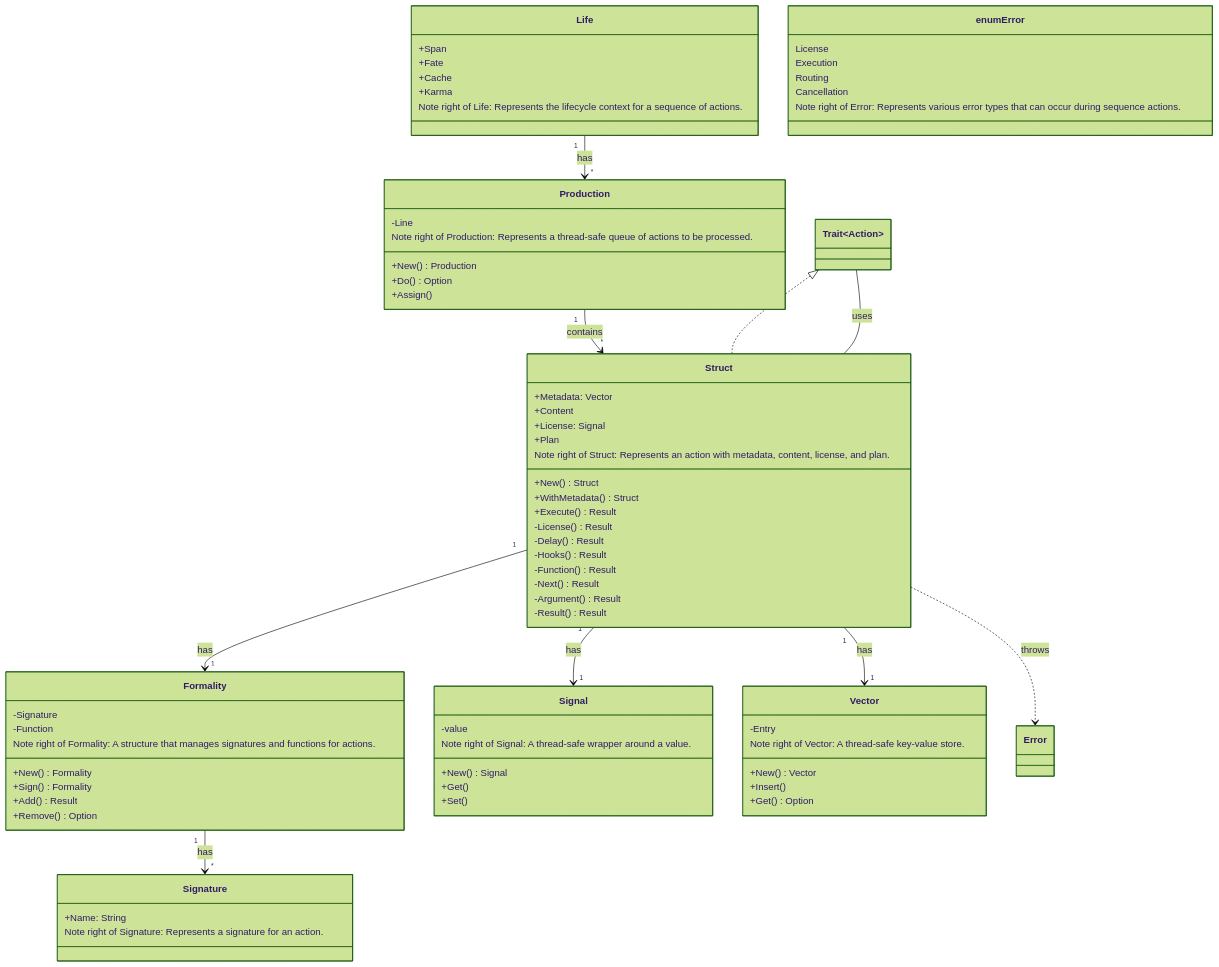
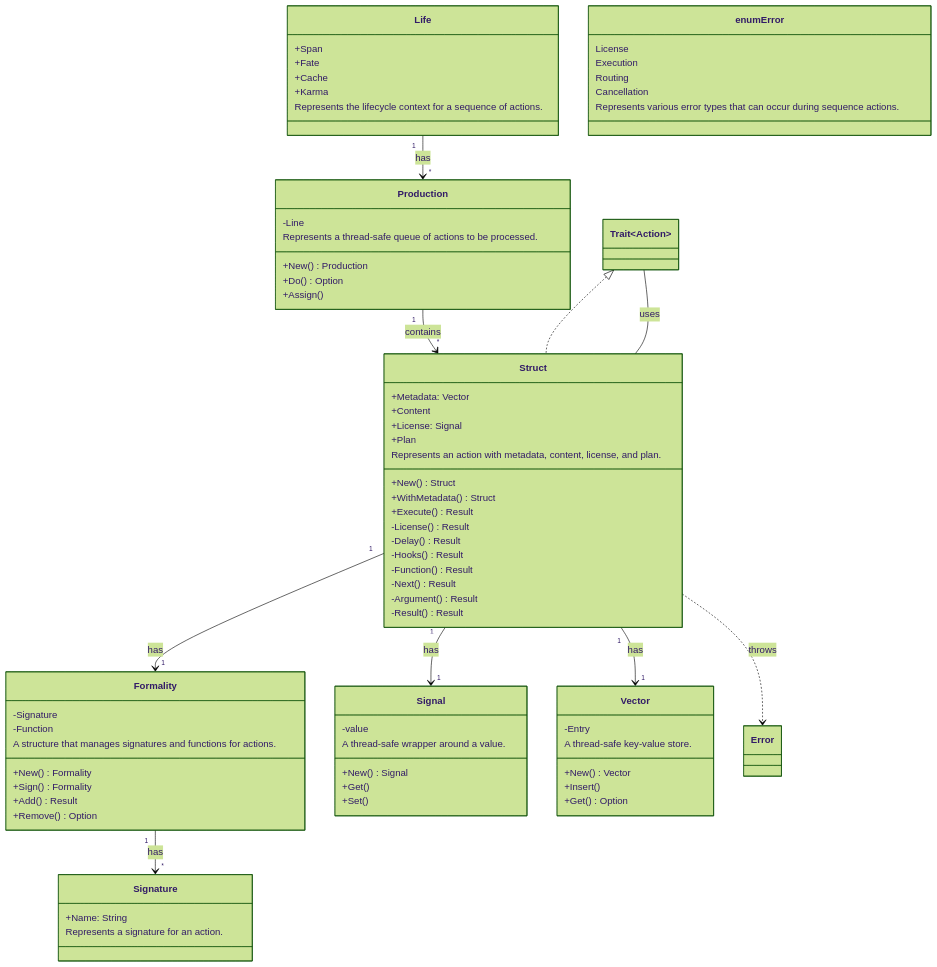
The first of 2 diagrams in README.md (CodeEditorLand/Echo), drawn with Mermaid (forest theme) before and after one commit. The commit also changed other lines of this file, not shown here.

```diff
--- a/README.md
+++ b/README.md
@@ -174,7 +174,7 @@
         -Next() Result
         -Argument() Result
         -Result() Result
-        Note right of Struct: Represents an action with metadata, content, license, and plan.
+        Represents an action with metadata, content, license, and plan.
     }
 
     class Life {
@@ -182,7 +182,7 @@
         +Fate
         +Cache
         +Karma
-        Note right of Life: Represents the lifecycle context for a sequence of actions.
+        Represents the lifecycle context for a sequence of actions.
     }
 
     class Formality {
@@ -192,7 +192,7 @@
         +Sign() Formality
         +Add() Result
         +Remove() Option
-        Note right of Formality: A structure that manages signatures and functions for actions.
+        A structure that manages signatures and functions for actions.
     }
 
     class Production {
@@ -200,7 +200,7 @@
         +New() Production
         +Do() Option
         +Assign()
-        Note right of Production: Represents a thread-safe queue of actions to be processed.
+        Represents a thread-safe queue of actions to be processed.
     }
 
     class Signal {
@@ -208,7 +208,7 @@
         +New() Signal
         +Get() 
         +Set()
-        Note right of Signal: A thread-safe wrapper around a value.
+        A thread-safe wrapper around a value.
     }
 
     class Vector {
@@ -216,12 +216,12 @@
         +New() Vector
         +Insert()
         +Get() Option
-        Note right of Vector: A thread-safe key-value store.
+        A thread-safe key-value store.
     }
 
     class Signature {
         +Name: String
-        Note right of Signature: Represents a signature for an action.
+        Represents a signature for an action.
     }
 
     class enum Error {
@@ -229,7 +229,7 @@
         Execution
         Routing
         Cancellation
-        Note right of Error: Represents various error types that can occur during sequence actions.
+        Represents various error types that can occur during sequence actions.
     }
 
     Struct "1" --> "1" Vector : has
```
